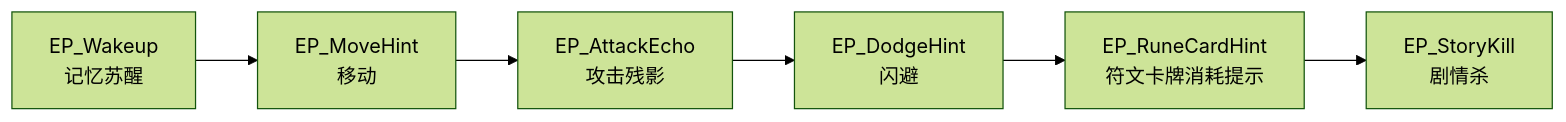
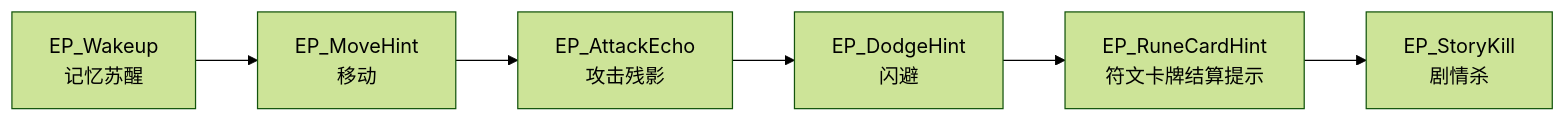
Before and after one commit to woshisck/Dev01: the diagram in Docs/03_策划配置与制作手册/核心配置说明/剧情/StoryEncounter_剧情教学工作台使用说明.md, drawn with Mermaid (forest theme). The commit also changed other lines of this file and 214 other files, not shown here.

Commit message:
refactor combat deck and rune flow

````diff
--- a/Docs/03_策划配置与制作手册/核心配置说明/剧情/StoryEncounter_剧情教学工作台使用说明.md
+++ b/Docs/03_策划配置与制作手册/核心配置说明/剧情/StoryEncounter_剧情教学工作台使用说明.md
@@ -338,8 +338,8 @@
 ```mermaid
 flowchart LR
     A["EP_Wakeup<br/>记忆苏醒"] --> B["EP_MoveHint<br/>移动"]
     B --> C["EP_AttackEcho<br/>攻击残影"]
     C --> D["EP_DodgeHint<br/>闪避"]
-    D --> E["EP_RuneCardHint<br/>符文卡牌消耗提示"]
+    D --> E["EP_RuneCardHint<br/>符文卡牌结算提示"]
     E --> F["EP_StoryKill<br/>剧情杀"]
 ```
````
